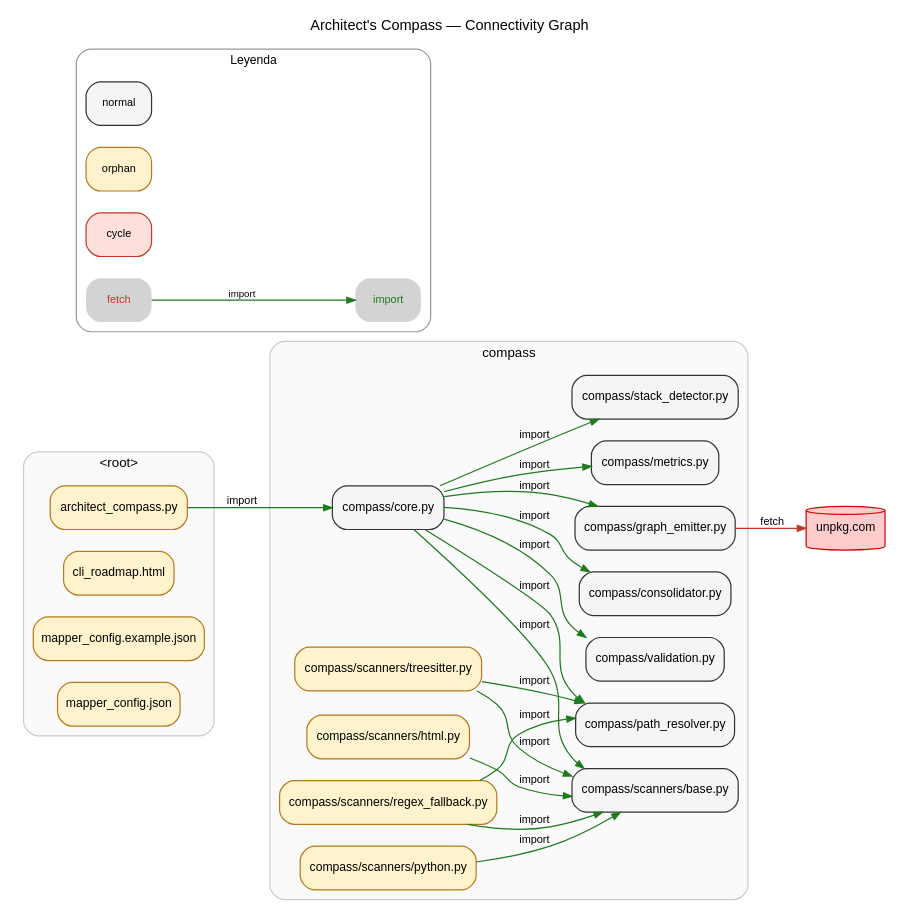
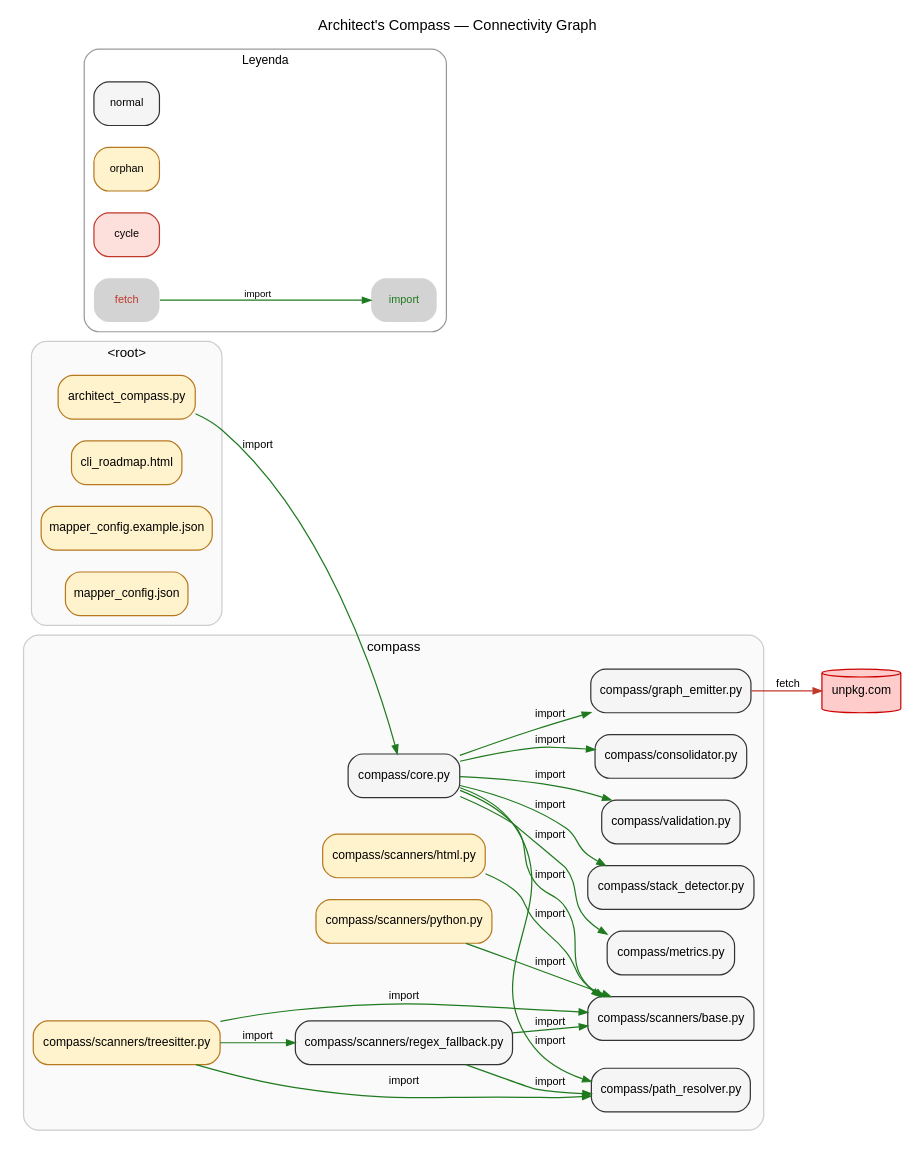
One commit to betovildoza/Architect_compass changed the diagram in .map/connectivity.dot. Above: the diagram before and after it, drawn with Graphviz. The commit also changed 11 other files, not shown here.

```diff
--- a/.map/connectivity.dot
+++ b/.map/connectivity.dot
@@ -1,62 +1,63 @@
 digraph G {
     rankdir=LR;
     concentrate=false; compound=true;
     graph [fontname="Arial", fontsize=12, labelloc="t", label="Architect's Compass — Connectivity Graph"];
     node [style="rounded,filled", fontname="Arial", fontsize=10];
     edge [arrowsize=0.7];
     subgraph "cluster_<root>" {
         label="<root>";
         style="rounded,filled";
         fillcolor="#fafafa"; color="#cccccc";
         fontname="Arial"; fontsize=11;
         "architect_compass.py" [shape=box, fillcolor="#fff3cd", color="#b7791f"];
         "cli_roadmap.html" [shape=box, fillcolor="#fff3cd", color="#b7791f"];
         "mapper_config.example.json" [shape=box, fillcolor="#fff3cd", color="#b7791f"];
         "mapper_config.json" [shape=box, fillcolor="#fff3cd", color="#b7791f"];
     }
     subgraph "cluster_compass" {
         label="compass";
         style="rounded,filled";
         fillcolor="#fafafa"; color="#cccccc";
         fontname="Arial"; fontsize=11;
         "compass/consolidator.py" [shape=box, fillcolor="#f5f5f5", color="#333333"];
         "compass/core.py" [shape=box, fillcolor="#f5f5f5", color="#333333"];
         "compass/graph_emitter.py" [shape=box, fillcolor="#f5f5f5", color="#333333"];
         "compass/metrics.py" [shape=box, fillcolor="#f5f5f5", color="#333333"];
         "compass/path_resolver.py" [shape=box, fillcolor="#f5f5f5", color="#333333"];
         "compass/scanners/base.py" [shape=box, fillcolor="#f5f5f5", color="#333333"];
         "compass/scanners/html.py" [shape=box, fillcolor="#fff3cd", color="#b7791f"];
         "compass/scanners/python.py" [shape=box, fillcolor="#fff3cd", color="#b7791f"];
-        "compass/scanners/regex_fallback.py" [shape=box, fillcolor="#fff3cd", color="#b7791f"];
+        "compass/scanners/regex_fallback.py" [shape=box, fillcolor="#f5f5f5", color="#333333"];
         "compass/scanners/treesitter.py" [shape=box, fillcolor="#fff3cd", color="#b7791f"];
         "compass/stack_detector.py" [shape=box, fillcolor="#f5f5f5", color="#333333"];
         "compass/validation.py" [shape=box, fillcolor="#f5f5f5", color="#333333"];
     }
     "[EXTERNAL:unpkg.com]" [label="unpkg.com", shape=cylinder, style=filled, fillcolor="#ffcccc", color="#cc0000", fontname="Arial"];
     "architect_compass.py" -> "compass/core.py" [label="import", color="#1f7a1f", fontname="Arial", fontsize=9];
     "compass/core.py" -> "compass/consolidator.py" [label="import", color="#1f7a1f", fontname="Arial", fontsize=9];
     "compass/core.py" -> "compass/graph_emitter.py" [label="import", color="#1f7a1f", fontname="Arial", fontsize=9];
     "compass/core.py" -> "compass/metrics.py" [label="import", color="#1f7a1f", fontname="Arial", fontsize=9];
     "compass/core.py" -> "compass/path_resolver.py" [label="import", color="#1f7a1f", fontname="Arial", fontsize=9];
     "compass/core.py" -> "compass/scanners/base.py" [label="import", color="#1f7a1f", fontname="Arial", fontsize=9];
     "compass/core.py" -> "compass/stack_detector.py" [label="import", color="#1f7a1f", fontname="Arial", fontsize=9];
     "compass/core.py" -> "compass/validation.py" [label="import", color="#1f7a1f", fontname="Arial", fontsize=9];
     "compass/graph_emitter.py" -> "[EXTERNAL:unpkg.com]" [label="fetch", color="#c0392b", fontname="Arial", fontsize=9];
     "compass/scanners/html.py" -> "compass/scanners/base.py" [label="import", color="#1f7a1f", fontname="Arial", fontsize=9];
     "compass/scanners/python.py" -> "compass/scanners/base.py" [label="import", color="#1f7a1f", fontname="Arial", fontsize=9];
     "compass/scanners/regex_fallback.py" -> "compass/path_resolver.py" [label="import", color="#1f7a1f", fontname="Arial", fontsize=9];
     "compass/scanners/regex_fallback.py" -> "compass/scanners/base.py" [label="import", color="#1f7a1f", fontname="Arial", fontsize=9];
     "compass/scanners/treesitter.py" -> "compass/path_resolver.py" [label="import", color="#1f7a1f", fontname="Arial", fontsize=9];
     "compass/scanners/treesitter.py" -> "compass/scanners/base.py" [label="import", color="#1f7a1f", fontname="Arial", fontsize=9];
+    "compass/scanners/treesitter.py" -> "compass/scanners/regex_fallback.py" [label="import", color="#1f7a1f", fontname="Arial", fontsize=9];
     subgraph "cluster_legend" {
         label="Leyenda"; style="rounded,filled";
         fillcolor="#ffffff"; color="#999999";
         fontname="Arial"; fontsize=10; rank=sink;
         "_legend_node_normal" [label="normal", fillcolor="#f5f5f5", color="#333333", shape=box, style="rounded,filled", fontname="Arial", fontsize=9];
         "_legend_node_orphan" [label="orphan", fillcolor="#fff3cd", color="#b7791f", shape=box, style="rounded,filled", fontname="Arial", fontsize=9];
         "_legend_node_cycle" [label="cycle", fillcolor="#fde0dc", color="#c0392b", shape=box, style="rounded,filled", fontname="Arial", fontsize=9];
         "_legend_edge_fetch" [label="fetch", shape=plaintext, fontname="Arial", fontsize=9, fontcolor="#c0392b"];
         "_legend_edge_import" [label="import", shape=plaintext, fontname="Arial", fontsize=9, fontcolor="#1f7a1f"];
         "_legend_edge_fetch" -> "_legend_edge_import" [color="#1f7a1f", label="import", fontname="Arial", fontsize=8];
     }
 }
```
